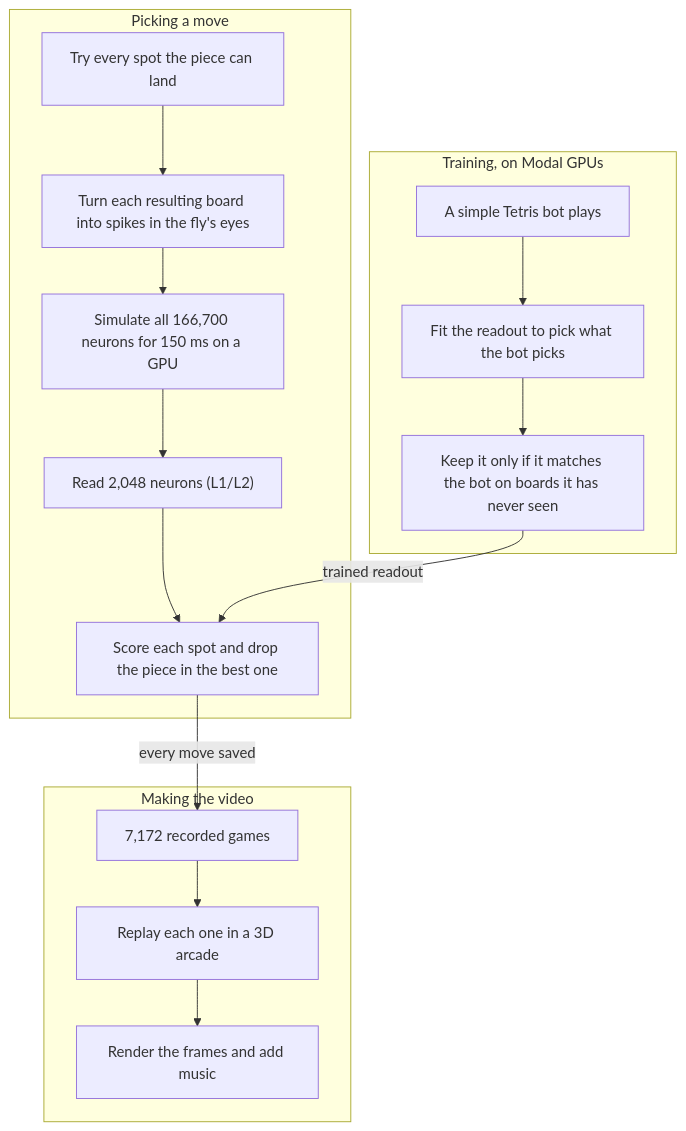
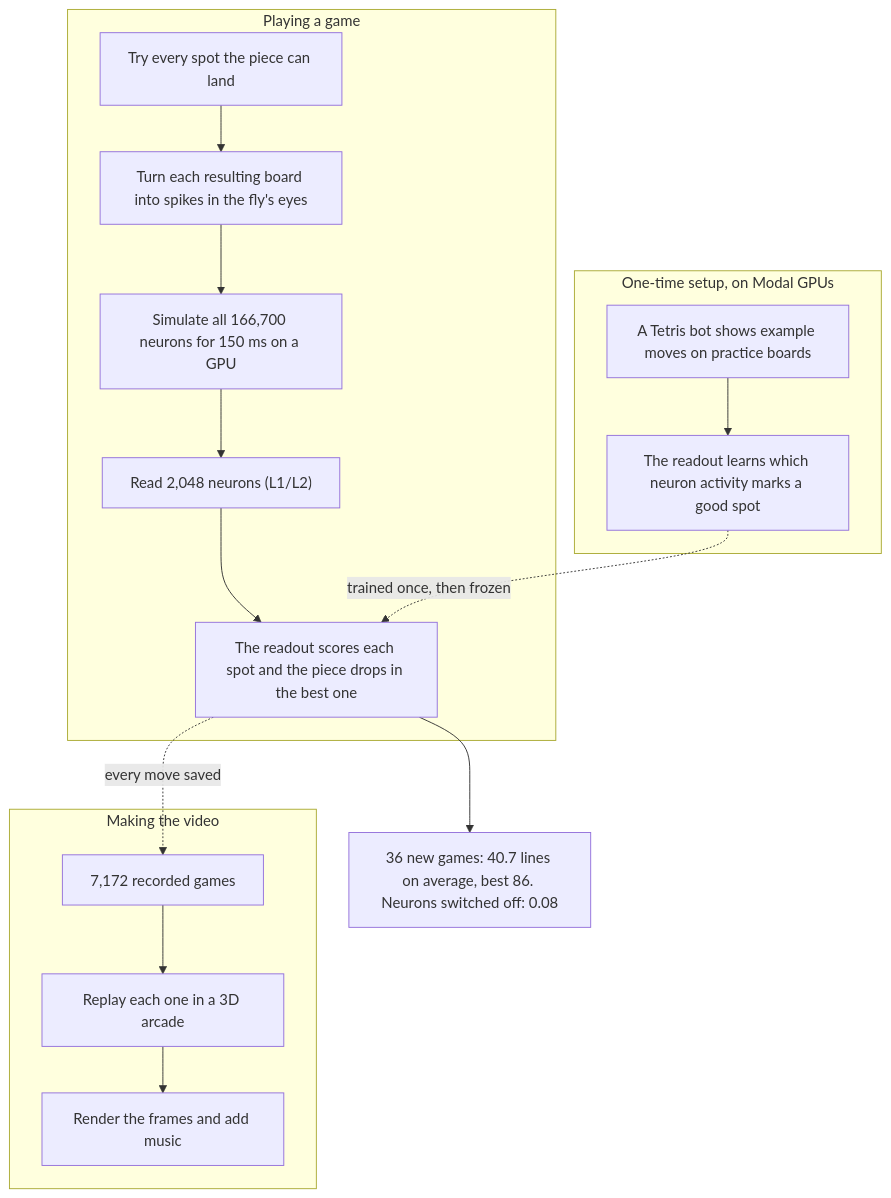
One commit to EnesYilmazcode/Flytris changed the diagram in README.md. Above: the diagram before and after it, drawn with Mermaid. The commit also changed other lines of this file, not shown here.

Commit message:
README: diagram shows the bot only in one-time setup; games run on the fly's neurons and a frozen readout

````diff
--- a/README.md
+++ b/README.md
@@ -27,19 +27,19 @@
 ```mermaid
 flowchart TB
-  subgraph play["Picking a move"]
+  subgraph play["Playing a game"]
     B["Try every spot the piece can land"] --> E["Turn each resulting board into spikes in the fly's eyes"]
     E --> C["Simulate all 166,700 neurons for 150 ms on a GPU"]
     C --> R["Read 2,048 neurons (L1/L2)"]
-    R --> S["Score each spot and drop the piece in the best one"]
+    R --> S["The readout scores each spot and the piece drops in the best one"]
   end
-  subgraph train["Training, on Modal GPUs"]
-    T["A simple Tetris bot plays"] --> I["Fit the readout to pick what the bot picks"]
-    I --> G["Keep it only if it matches the bot on boards it has never seen"]
+  subgraph setup["One-time setup, on Modal GPUs"]
+    T["A Tetris bot shows example moves on practice boards"] --> I["The readout learns which neuron activity marks a good spot"]
   end
+  I -. trained once, then frozen .-> S
+  S --> X["36 new games: 40.7 lines on average, best 86. Neurons switched off: 0.08"]
   subgraph video["Making the video"]
     V["7,172 recorded games"] --> A["Replay each one in a 3D arcade"]
     A --> F["Render the frames and add music"]
   end
-  G -- trained readout --> S
-  S -- every move saved --> V
+  S -. every move saved .-> V
 ```
````
